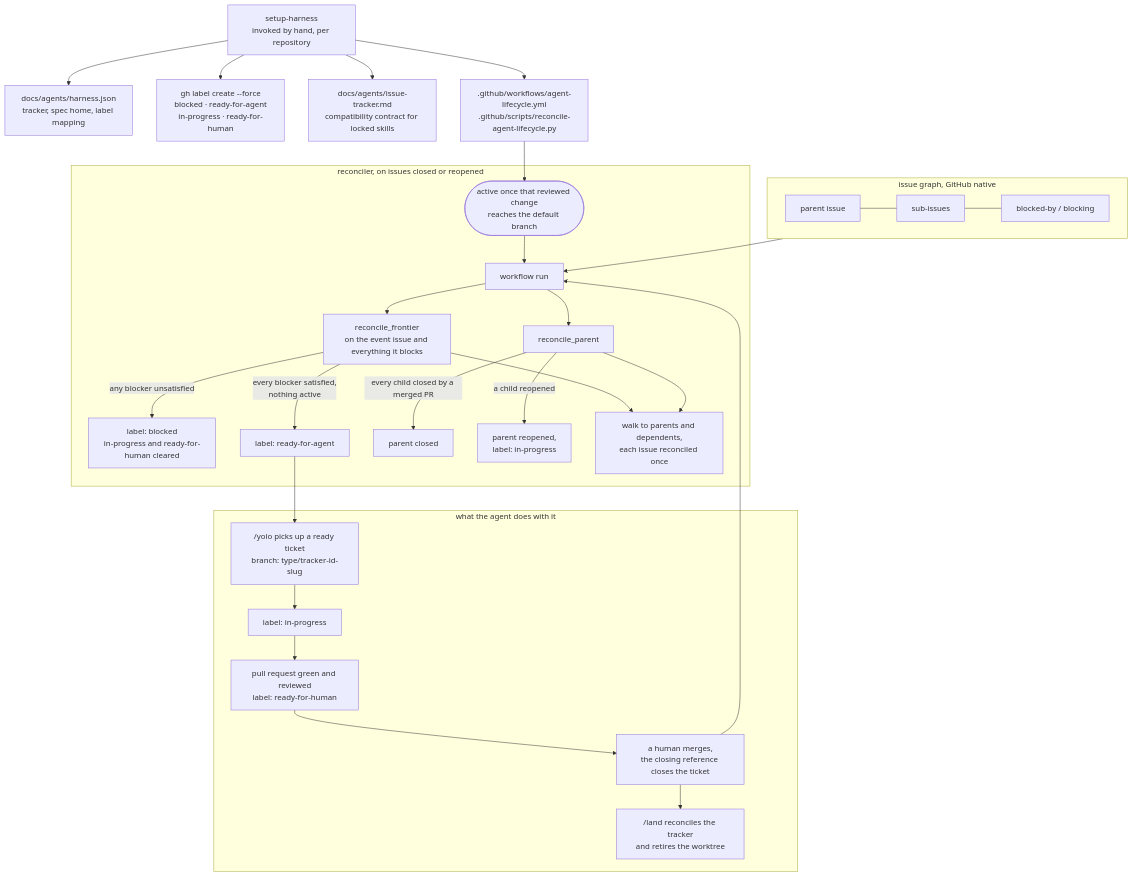
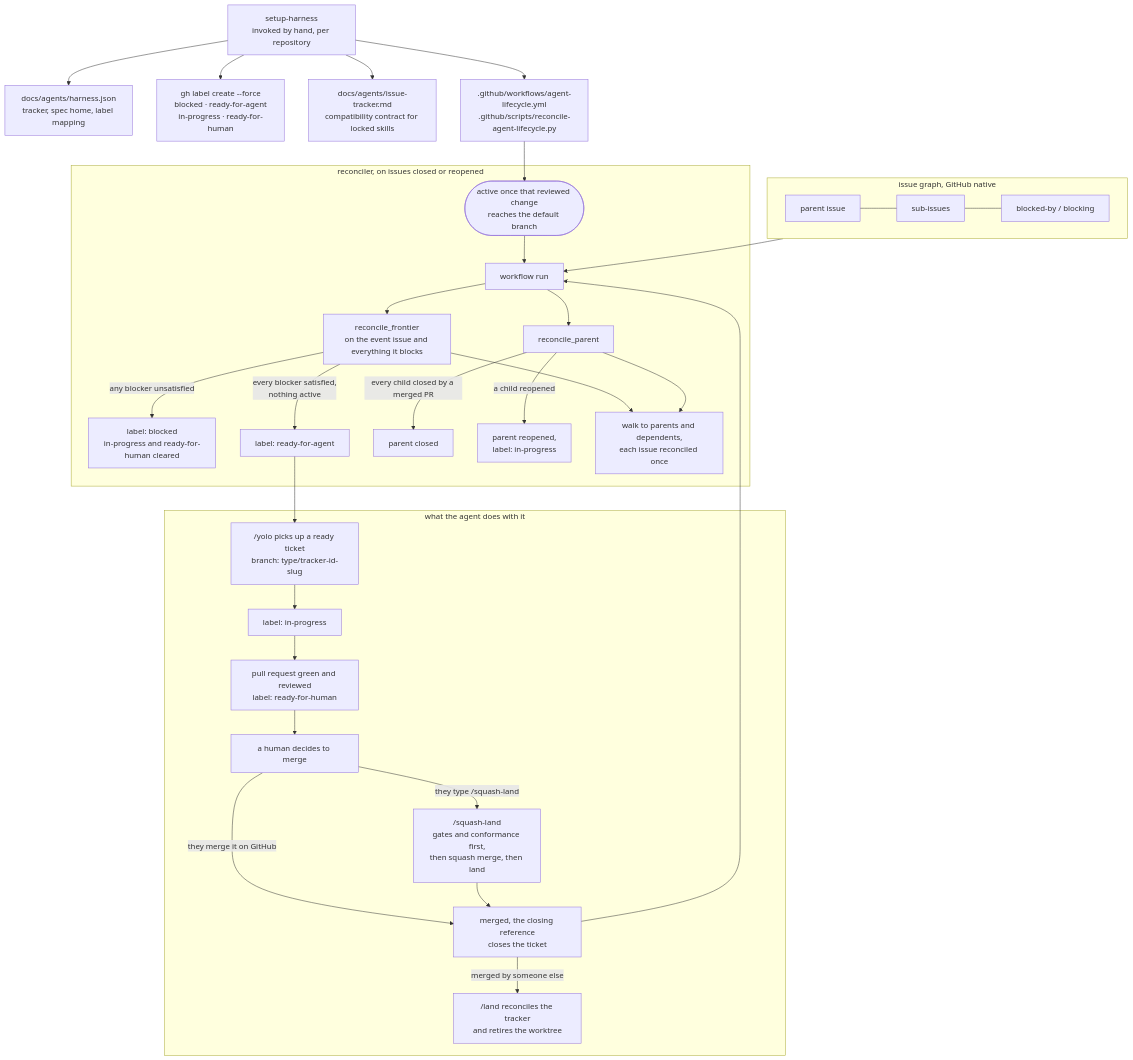
Before and after one commit to jvillegasd/harness: the second of 2 diagrams in harness/README.md, drawn with Mermaid. The commit also changed other lines of this file, not shown here.

Commit message:
docs: show /squash-land in the GitHub lifecycle (#14)
The GitHub lifecycle diagram and its prose ended at /land, so a reader
of that section alone would conclude it is the only exit from a merged
pull request. The development lifecycle diagram above already showed
both.

Claude-Session: https://claude.ai/code/session_01PLQNAxwGcNksCG3Ymp8Rom

````diff
--- a/harness/README.md
+++ b/harness/README.md
@@ -252,36 +252,39 @@
 ```mermaid
 flowchart TD
     setup["setup-harness<br>invoked by hand, per repository"] --> config["docs/agents/harness.json<br>tracker, spec home, label mapping"]
     setup --> labels["gh label create --force<br>blocked · ready-for-agent<br>in-progress · ready-for-human"]
     setup --> trackerdoc["docs/agents/issue-tracker.md<br>compatibility contract for locked skills"]
     setup --> files[".github/workflows/agent-lifecycle.yml<br>.github/scripts/reconcile-agent-lifecycle.py"]
     files --> active(["active once that reviewed change<br>reaches the default branch"])
 
     subgraph GRAPH["issue graph, GitHub native"]
         parent["parent issue"] --- children["sub-issues"]
         children --- deps["blocked-by / blocking"]
     end
 
     subgraph RUN["reconciler, on issues closed or reopened"]
         active --> trigger["workflow run"]
         trigger --> frontier["reconcile_frontier<br>on the event issue and everything it blocks"]
         frontier -->|any blocker unsatisfied| blocked["label: blocked<br>in-progress and ready-for-human cleared"]
         frontier -->|every blocker satisfied,<br>nothing active| ready["label: ready-for-agent"]
         trigger --> parentstate["reconcile_parent"]
         parentstate -->|every child closed by a merged PR| closeparent["parent closed"]
         parentstate -->|a child reopened| reopenparent["parent reopened,<br>label: in-progress"]
         frontier --> walk["walk to parents and dependents,<br>each issue reconciled once"]
         parentstate --> walk
     end
 
     GRAPH --> trigger
 
     subgraph AGENT["what the agent does with it"]
         ready --> yolo["/yolo picks up a ready ticket<br>branch: type/tracker-id-slug"]
         yolo --> inprogress["label: in-progress"]
         inprogress --> prready["pull request green and reviewed<br>label: ready-for-human"]
-        prready --> humanmerge["a human merges,<br>the closing reference closes the ticket"]
-        humanmerge --> trigger
-        humanmerge --> land["/land reconciles the tracker<br>and retires the worktree"]
+        prready --> humanmerge["a human decides to merge"]
+        humanmerge -->|they merge it on GitHub| merged["merged, the closing reference<br>closes the ticket"]
+        humanmerge -->|they type /squash-land| squashland["/squash-land<br>gates and conformance first,<br>then squash merge, then land"]
+        squashland --> merged
+        merged --> trigger
+        merged -->|merged by someone else| land["/land reconciles the tracker<br>and retires the worktree"]
     end
 ```
````
